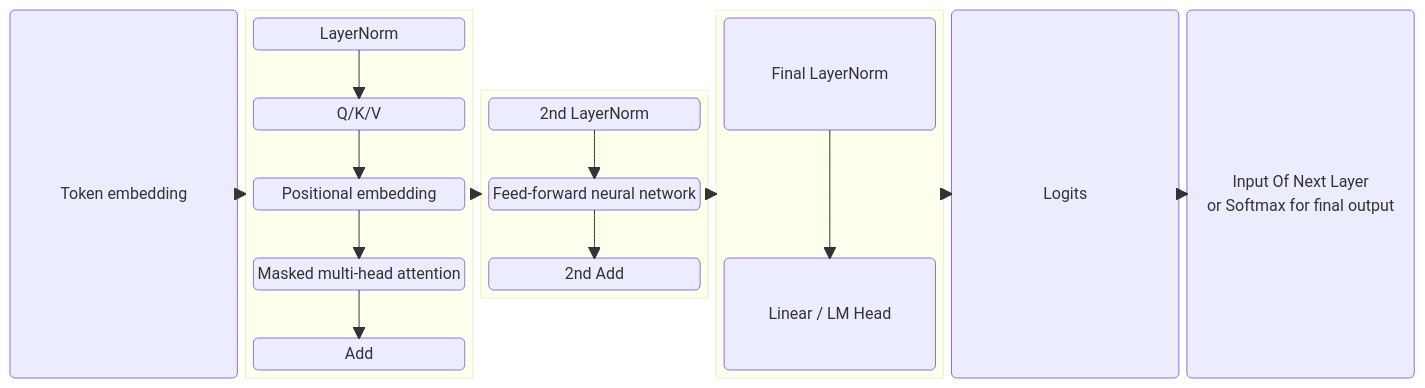
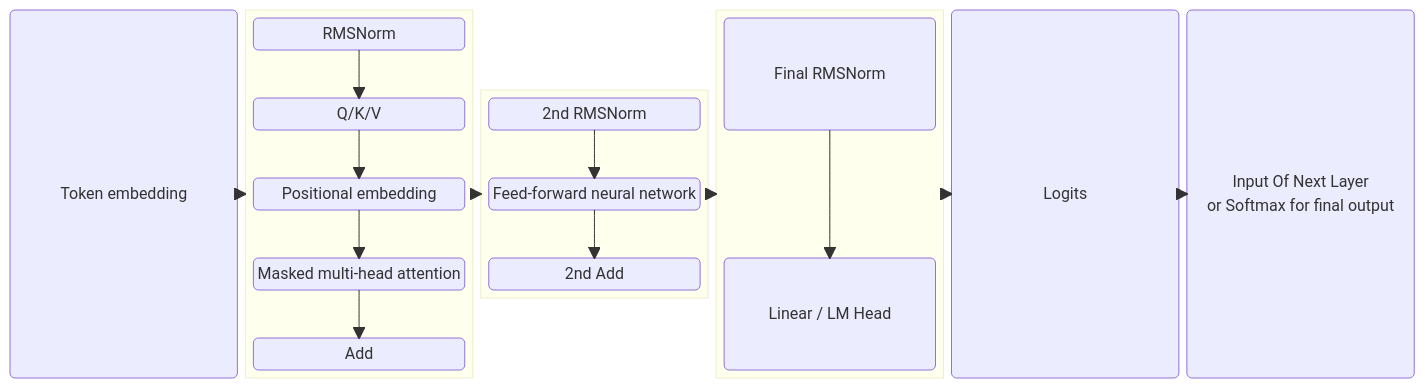
Before and after one commit to ChrisZhu2050/chriszhu2050.github.io: diagram 19 of 24 in index.md, drawn with Mermaid. The commit also changed other lines of this file, not shown here.

````diff
--- a/index.md
+++ b/index.md
@@ -559,48 +559,48 @@
       ```mermaid
           block
           columns 6
 
             a("Token embedding")
             
 
           block:group2:1
             columns 1
-            c1("LayerNorm") space
+            c1("RMSNorm") space
             b1("Q/K/V") space
             b("Positional embedding") space
             c2("Masked multi-head attention") space
             c3("Add")
           end
           block:group3:1
             columns 1
-            d("2nd LayerNorm") space
+            d("2nd RMSNorm") space
             e("Feed-forward neural network") space
             h("2nd Add")
           end
           block:group4:1
             columns 1
-            f("Final LayerNorm") space
+            f("Final RMSNorm") space
             g("Linear / LM Head")
 
           end
           
             z("Logits")
             y("Input Of Next Layer
             or Softmax for final output")
           
 
           c1 --> b1
           b1 --> b
           b --> c2
           c2 --> c3
           d --> e
           e --> h
           f --> g
 
           a --> group2
           group2 --> group3
           group3 --> group4
           group4 --> z
           z --> y
 
       ```  
````
